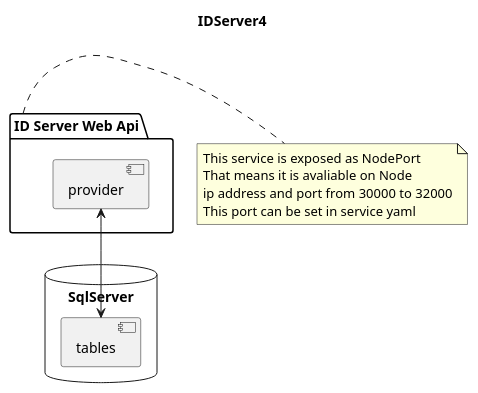
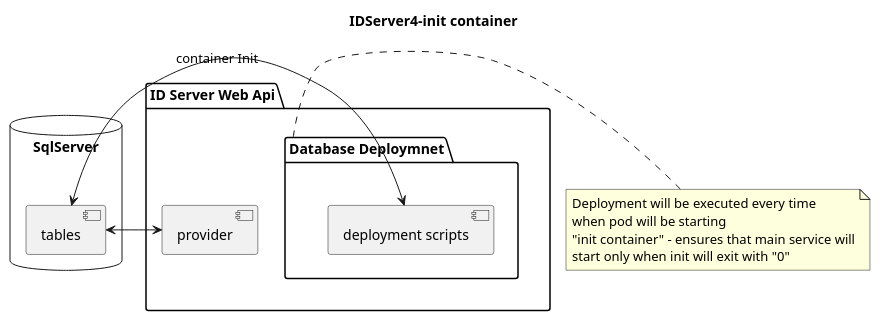
The diagram in documents/UMLs/idServer01.puml (profesor79/talk-microservices-hell), drawn with PlantUML before and after one commit. The commit also changed 3 other files, not shown here.

Commit message:
added uml

```diff
--- a/documents/UMLs/idServer01.puml
+++ b/documents/UMLs/idServer01.puml
@@ -1,20 +1,27 @@
 @startuml
-title IDServer4
+title IDServer4-init container
+
 
 
 database SqlServer as sql {
     [tables]
 }
 
+
+
 package "ID Server Web Api" as api{
-    [provider] <-->[tables]
+    package "Database Deploymnet" as db{
+        [tables] <-> [deployment scripts]: container Init
+    }
+
+    [provider] <->[tables]
 }
-note right of api
-This service is exposed as NodePort
-That means it is avaliable on Node
-ip address and port from 30000 to 32000
-This port can be set in service yaml
+note left of db
+Deployment will be executed every time
+when pod will be starting
+"init container" - ensures that main service will
+start only when init will exit with "0"
 end note
 
 
 @enduml
```
